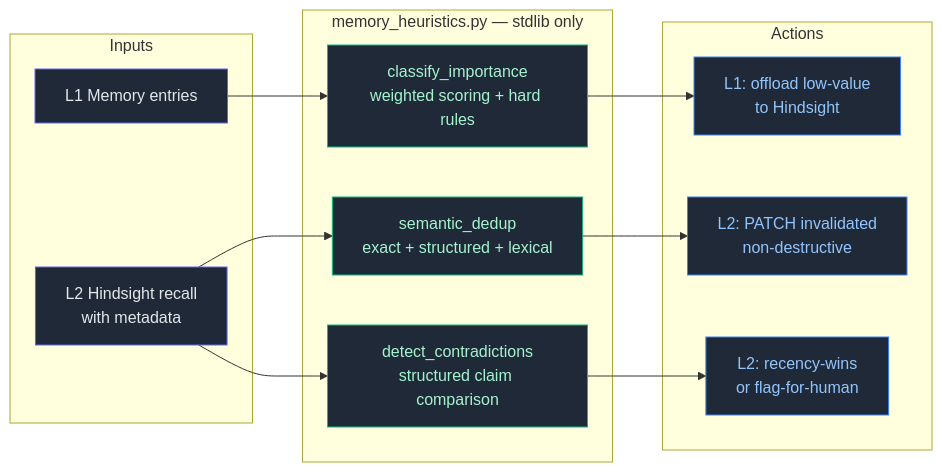
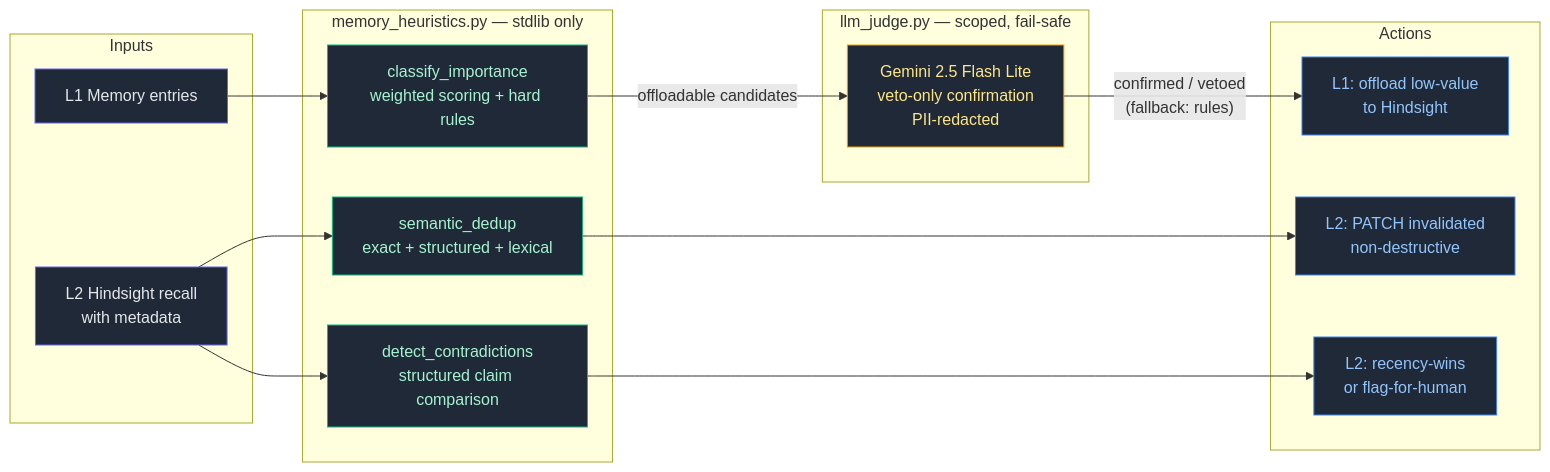
One commit to Green-Needle-Tech/agent-memory-optimization changed the first of 2 diagrams in README.md. Above: the diagram before and after it, drawn with Mermaid. The commit also changed other lines of this file and 7 other files, not shown here.

First line of the commit message:
feat: scoped Gemini 2.5 Flash Lite judge for the L1->L2 offload gate (v3.2.0)

````diff
--- a/README.md
+++ b/README.md
@@ -40,34 +51,41 @@
 ```mermaid
 flowchart LR
     subgraph Inputs
         MEM1[L1 Memory entries]
         MEM2[L2 Hindsight recall<br/>with metadata]
     end
 
     subgraph Heuristics["memory_heuristics.py — stdlib only"]
         IC[classify_importance<br/>weighted scoring + hard rules]
         SD[semantic_dedup<br/>exact + structured + lexical]
         CD[detect_contradictions<br/>structured claim comparison]
     end
 
+    subgraph Judge["llm_judge.py — scoped, fail-safe"]
+        J[Gemini 2.5 Flash Lite<br/>veto-only confirmation<br/>PII-redacted]
+    end
+
     subgraph Actions
         A1[L1: offload low-value<br/>to Hindsight]
         A2[L2: PATCH invalidated<br/>non-destructive]
         A3[L2: recency-wins<br/>or flag-for-human]
     end
 
     MEM1 --> IC
     MEM2 --> SD
     MEM2 --> CD
 
-    IC --> A1
+    IC -->|"offloadable candidates"| J
+    J -->|"confirmed / vetoed<br/>(fallback: rules)"| A1
     SD --> A2
     CD --> A3
 
     classDef input fill:#1f2937,stroke:#6366f1,color:#e5e7eb
     classDef heur fill:#1f2937,stroke:#10b981,color:#a7f3d0
+    classDef judge fill:#1f2937,stroke:#f59e0b,color:#fde68a
     classDef action fill:#1f2937,stroke:#3b82f6,color:#93c5fd
     class MEM1,MEM2 input
     class IC,SD,CD heur
+    class J judge
     class A1,A2,A3 action
 ```
````
